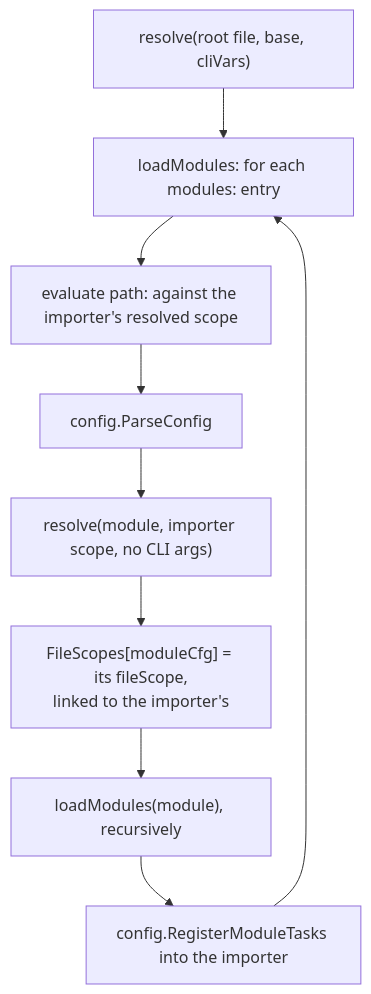
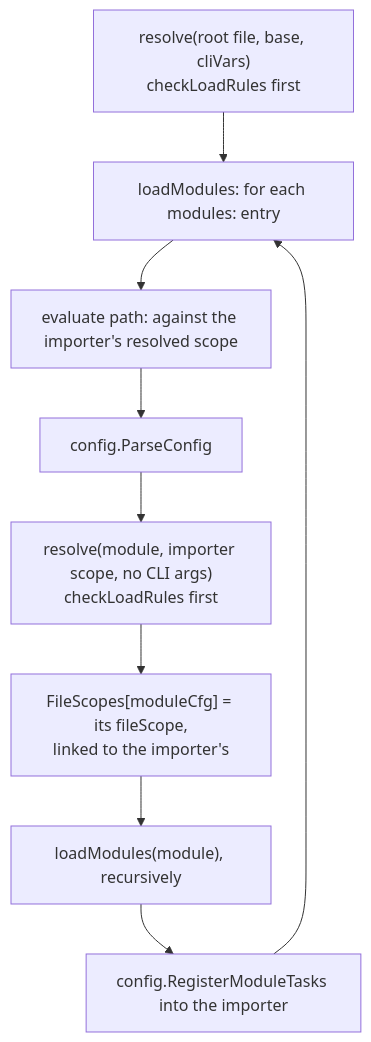
One commit to JakesMD/hobnob changed the fourth of 7 diagrams in ARCHITECTURE.md. Above: the diagram before and after it, drawn with Mermaid. The commit also changed other lines of this file and 7 other files, not shown here.

Commit message:
Keep the const:, vars: and env: load rules beside the layer order they follow from, in scope

````diff
--- a/ARCHITECTURE.md
+++ b/ARCHITECTURE.md
@@ -371,11 +386,11 @@
 ```mermaid
 flowchart TD
-    root["resolve(root file, base, cliVars)"] --> walk
+    root["resolve(root file, base, cliVars)<br/>checkLoadRules first"] --> walk
     walk["loadModules: for each modules: entry"] --> path["evaluate path: against the importer's resolved scope"]
     path --> parse["config.ParseConfig"]
-    parse --> res["resolve(module, importer scope, no CLI args)"]
+    parse --> res["resolve(module, importer scope, no CLI args)<br/>checkLoadRules first"]
     res --> fs["FileScopes[moduleCfg] = its fileScope,<br/>linked to the importer's"]
     fs --> recurse["loadModules(module), recursively"]
     recurse --> reg["config.RegisterModuleTasks into the importer"]
     reg --> walk
 ```
````
